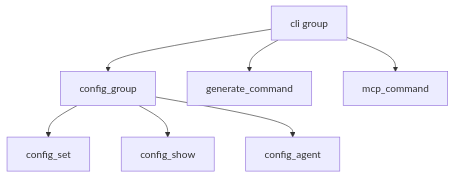
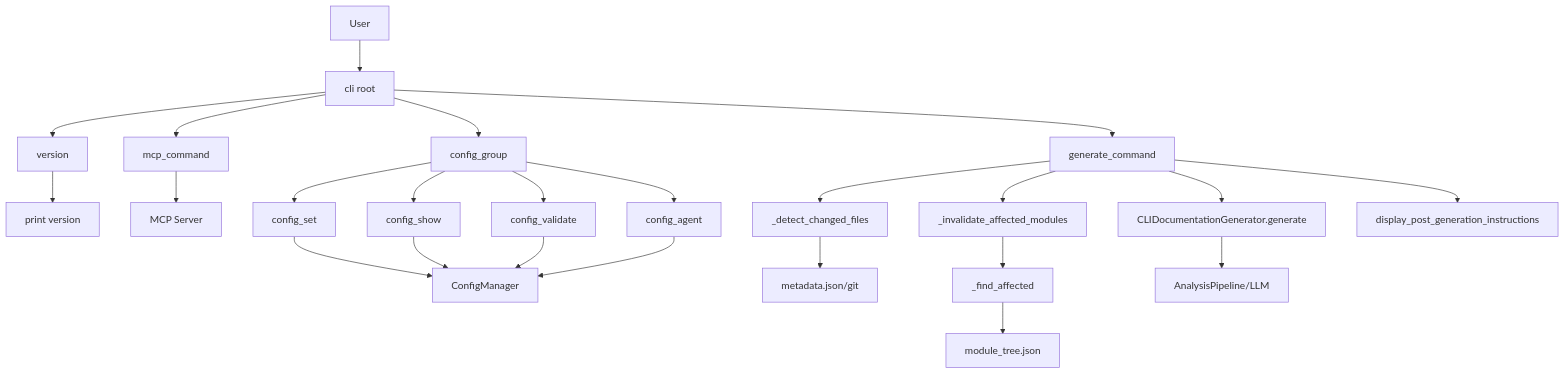
The diagram in repowiki/wiki/modules/CLI_Commands.md (mambo-wang/CodeWiki-Plus), drawn with Mermaid before and after one commit. The commit also changed other lines of this file and 36 other files, not shown here.

````diff
--- a/repowiki/wiki/modules/CLI_Commands.md
+++ b/repowiki/wiki/modules/CLI_Commands.md
@@ -17,9 +86,15 @@
 ```mermaid
-graph TB
-    A[cli group] --> B[config_group]
-    A --> C[generate_command]
-    A --> D[mcp_command]
-    B --> E[config_set]
-    B --> F[config_show]
-    B --> G[config_agent]
+flowchart TD
+    U[User] --> CLI[cli root]
+    CLI --> V[version] --> OUT1[print version]
+    CLI --> M[mcp_command] --> SRV[MCP Server]
+    CLI --> CG[config_group] --> SET[config_set] --> CM[ConfigManager]
+    CG --> SH[config_show] --> CM
+    CG --> VA[config_validate] --> CM
+    CG --> AG[config_agent] --> CM
+    CLI --> GEN[generate_command]
+    GEN --> DET[_detect_changed_files] --> MT[metadata.json/git]
+    GEN --> INV[_invalidate_affected_modules] --> FA[_find_affected] --> TREE[module_tree.json]
+    GEN --> AD[CLIDocumentationGenerator.generate] --> PIPE[AnalysisPipeline/LLM]
+    GEN --> PGI[display_post_generation_instructions]
 ```
````
